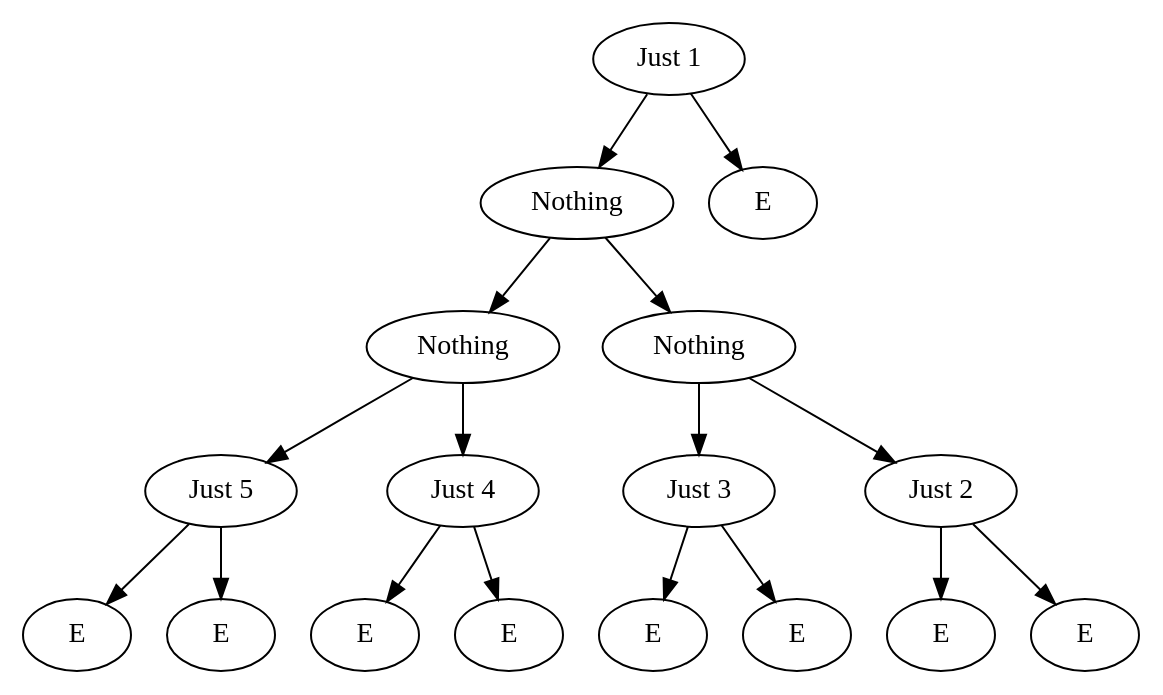
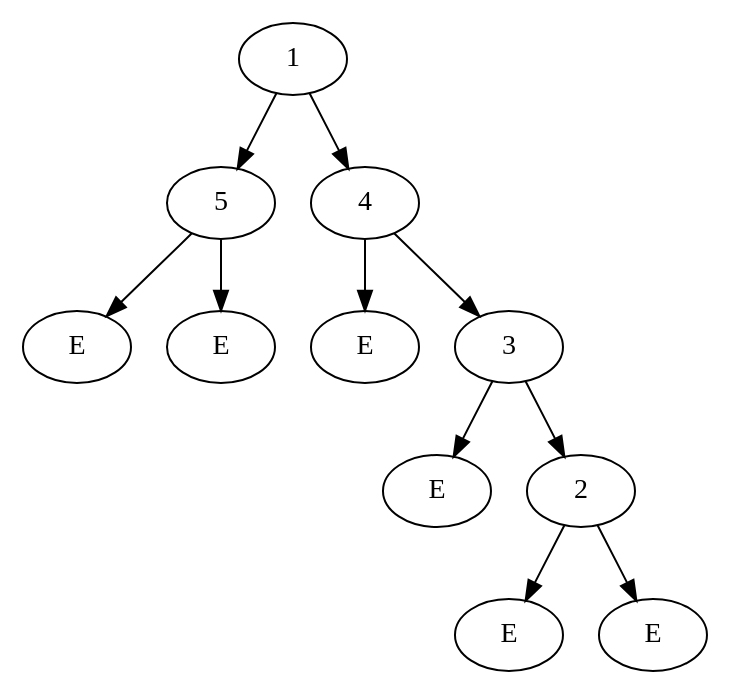
One commit to matonix/pfds changed the diagram in src/PFDS/Sec5/Ex8a.dot. Above: the diagram before and after it, drawn with Graphviz. The commit also changed 5 other files, not shown here.

```diff
--- a/src/PFDS/Sec5/Ex8a.dot
+++ b/src/PFDS/Sec5/Ex8a.dot
@@ -1,36 +1,24 @@
 digraph G {
-u1[label="Just 1"];
-u2[label="Nothing"];
-u3[label="Nothing"];
-u4[label="Just 5"];
-u5[label="E"];
+u1[label="1"];
+u2[label="5"];
+u3[label="E"];
+u4[label="E"];
+u5[label="4"];
 u6[label="E"];
-u7[label="Just 4"];
+u7[label="3"];
 u8[label="E"];
-u9[label="E"];
-u10[label="Nothing"];
-u11[label="Just 3"];
-u12[label="E"];
-u13[label="E"];
-u14[label="Just 2"];
-u15[label="E"];
-u16[label="E"];
-u17[label="E"];
+u9[label="2"];
+u10[label="E"];
+u11[label="E"];
 u1 -> u2[label=""];
-u1 -> u17[label=""];
+u1 -> u5[label=""];
 u2 -> u3[label=""];
-u2 -> u10[label=""];
-u3 -> u4[label=""];
-u3 -> u7[label=""];
-u4 -> u5[label=""];
-u4 -> u6[label=""];
+u2 -> u4[label=""];
+u5 -> u6[label=""];
+u5 -> u7[label=""];
 u7 -> u8[label=""];
 u7 -> u9[label=""];
-u10 -> u11[label=""];
-u10 -> u14[label=""];
-u11 -> u12[label=""];
-u11 -> u13[label=""];
-u14 -> u15[label=""];
-u14 -> u16[label=""];
+u9 -> u10[label=""];
+u9 -> u11[label=""];
 
 }
```
